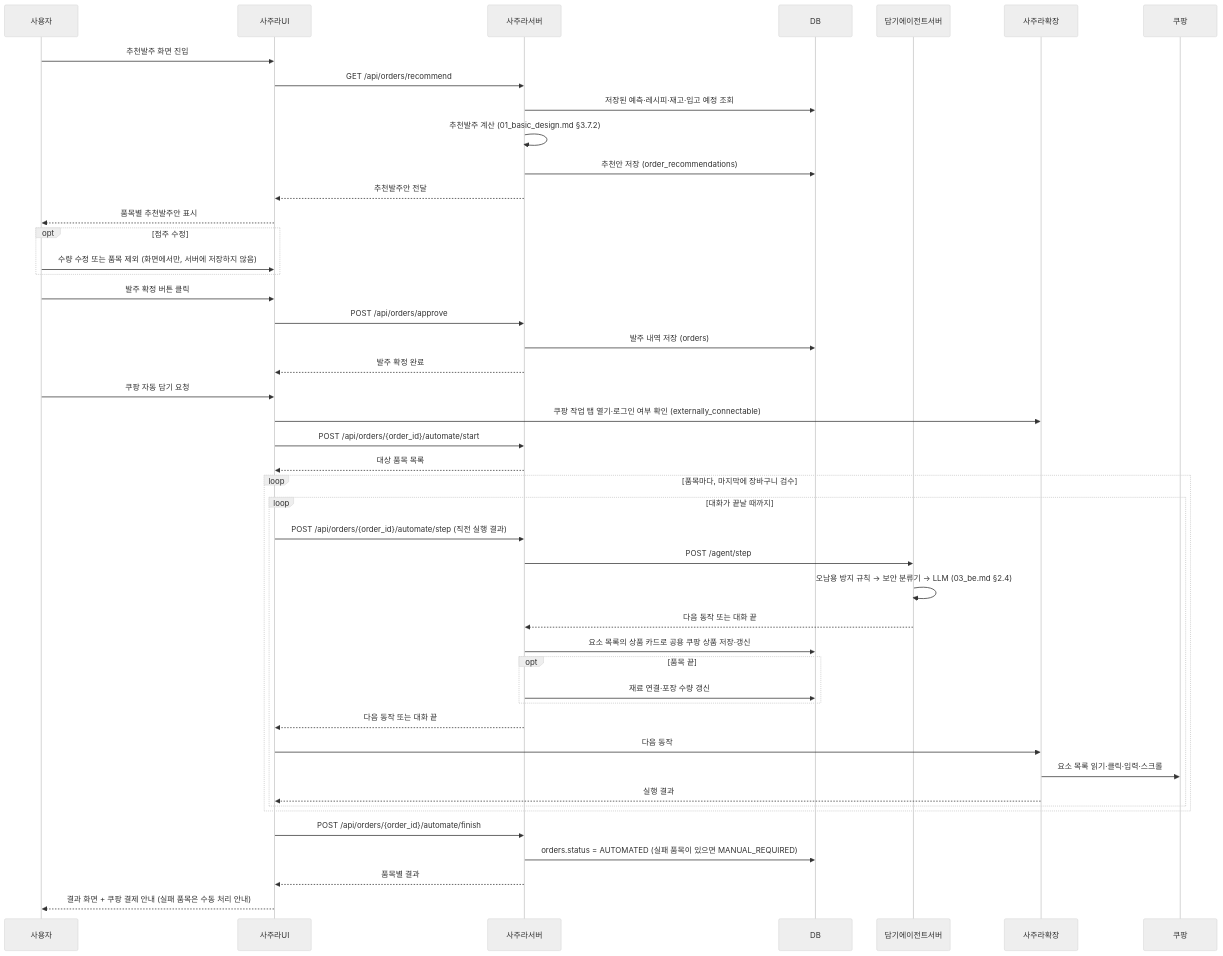
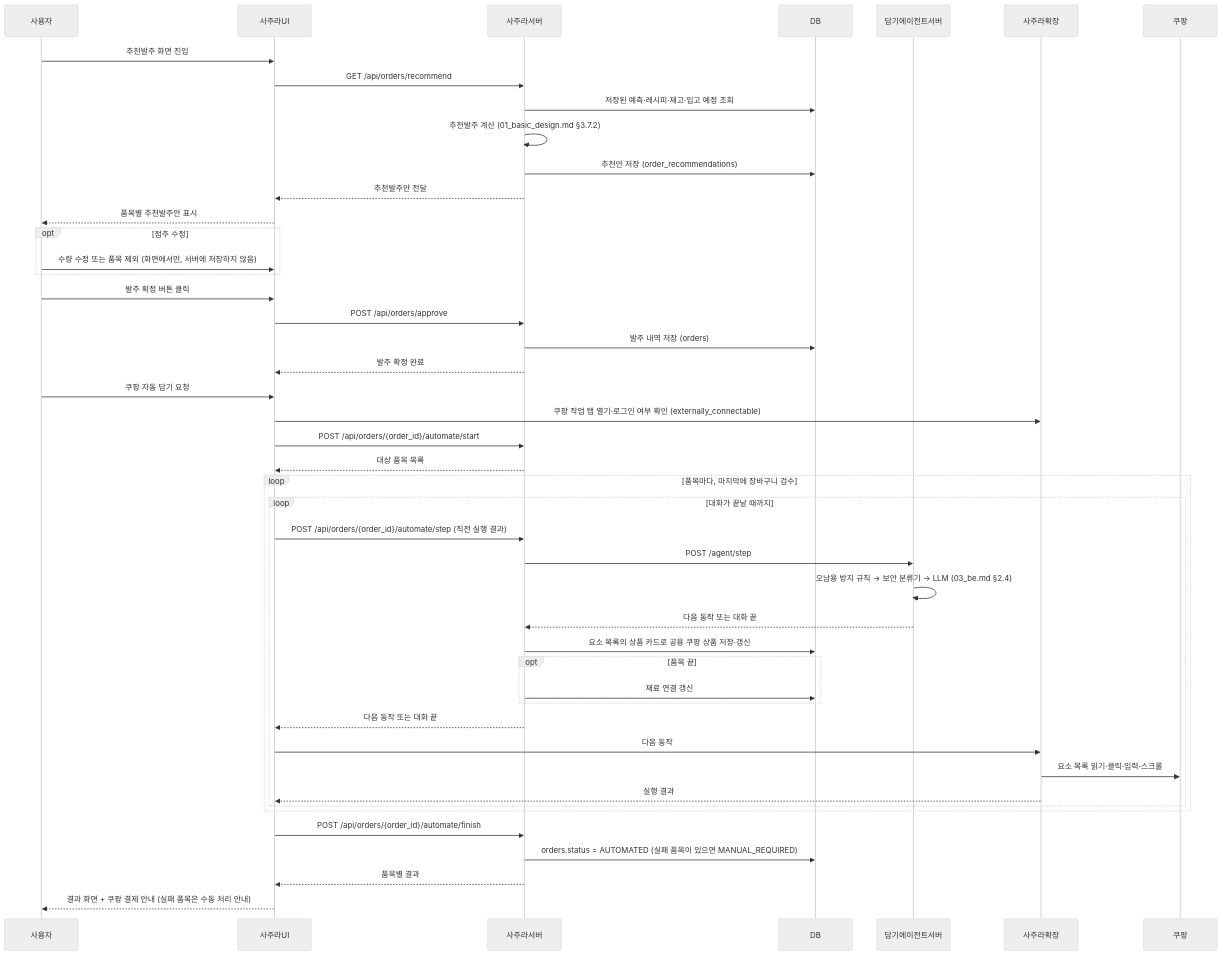
One commit to h-taek/CapstoneDesign-Sajura changed the third of 8 diagrams in docs/spec/02_implementation_design.md. Above: the diagram before and after it, drawn with Mermaid (neutral theme). The commit also changed other lines of this file and 6 other files, not shown here.

````diff
--- a/docs/spec/02_implementation_design.md
+++ b/docs/spec/02_implementation_design.md
@@ -294,54 +294,54 @@
 ```mermaid
 sequenceDiagram
     participant 사용자
     participant 사주라UI
     participant 사주라서버
     participant DB
     participant 에이전트 as 담기에이전트서버
     participant 확장 as 사주라확장
     participant 쿠팡
 
     사용자->>사주라UI: 추천발주 화면 진입
     사주라UI->>사주라서버: GET /api/orders/recommend
     사주라서버->>DB: 저장된 예측·레시피·재고·입고 예정 조회
     사주라서버->>사주라서버: 추천발주 계산 (01_basic_design.md §3.7.2)
     사주라서버->>DB: 추천안 저장 (order_recommendations)
     사주라서버-->>사주라UI: 추천발주안 전달
     사주라UI-->>사용자: 품목별 추천발주안 표시
 
     opt 점주 수정
         사용자->>사주라UI: 수량 수정 또는 품목 제외 (화면에서만, 서버에 저장하지 않음)
     end
 
     사용자->>사주라UI: 발주 확정 버튼 클릭
     사주라UI->>사주라서버: POST /api/orders/approve
     사주라서버->>DB: 발주 내역 저장 (orders)
     사주라서버-->>사주라UI: 발주 확정 완료
 
     사용자->>사주라UI: 쿠팡 자동 담기 요청
     사주라UI->>확장: 쿠팡 작업 탭 열기·로그인 여부 확인 (externally_connectable)
     사주라UI->>사주라서버: POST /api/orders/{order_id}/automate/start
     사주라서버-->>사주라UI: 대상 품목 목록
 
     loop 품목마다, 마지막에 장바구니 검수
         loop 대화가 끝날 때까지
             사주라UI->>사주라서버: POST /api/orders/{order_id}/automate/step (직전 실행 결과)
             사주라서버->>에이전트: POST /agent/step
             에이전트->>에이전트: 오남용 방지 규칙 → 보안 분류기 → LLM (03_be.md §2.4)
             에이전트-->>사주라서버: 다음 동작 또는 대화 끝
             사주라서버->>DB: 요소 목록의 상품 카드로 공용 쿠팡 상품 저장·갱신
             opt 품목 끝
-                사주라서버->>DB: 재료 연결·포장 수량 갱신
+                사주라서버->>DB: 재료 연결 갱신
             end
             사주라서버-->>사주라UI: 다음 동작 또는 대화 끝
             사주라UI->>확장: 다음 동작
             확장->>쿠팡: 요소 목록 읽기·클릭·입력·스크롤
             확장-->>사주라UI: 실행 결과
         end
     end
 
     사주라UI->>사주라서버: POST /api/orders/{order_id}/automate/finish
     사주라서버->>DB: orders.status = AUTOMATED (실패 품목이 있으면 MANUAL_REQUIRED)
     사주라서버-->>사주라UI: 품목별 결과
     사주라UI-->>사용자: 결과 화면 + 쿠팡 결제 안내 (실패 품목은 수동 처리 안내)
 ```
````
